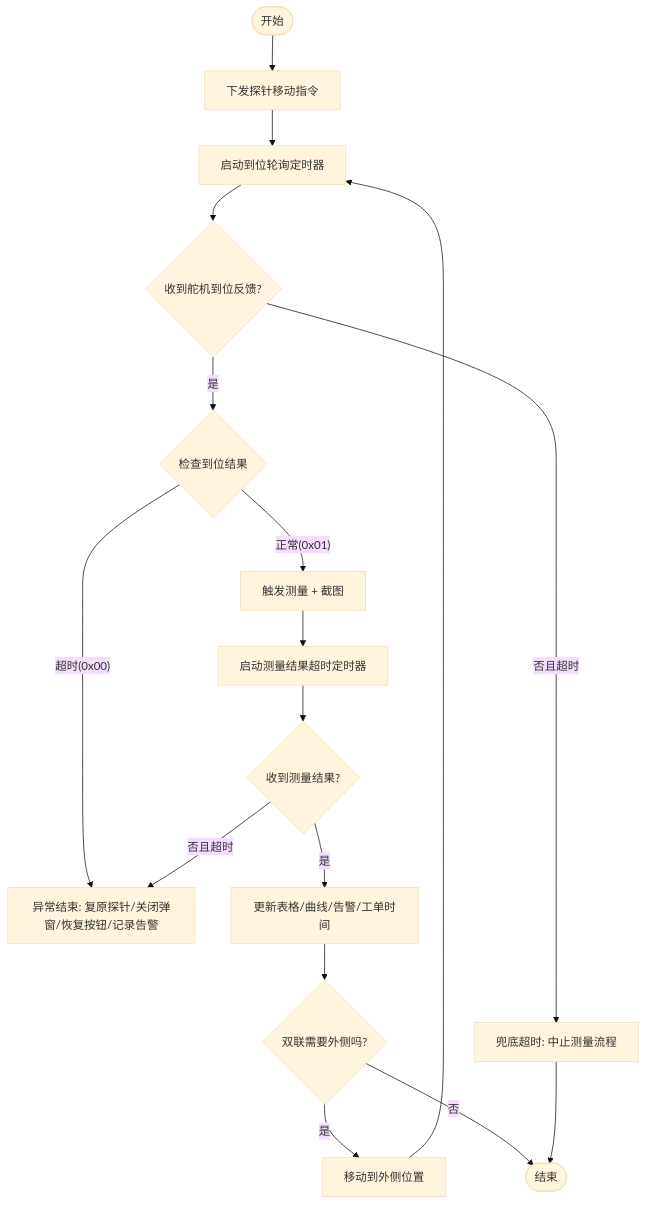
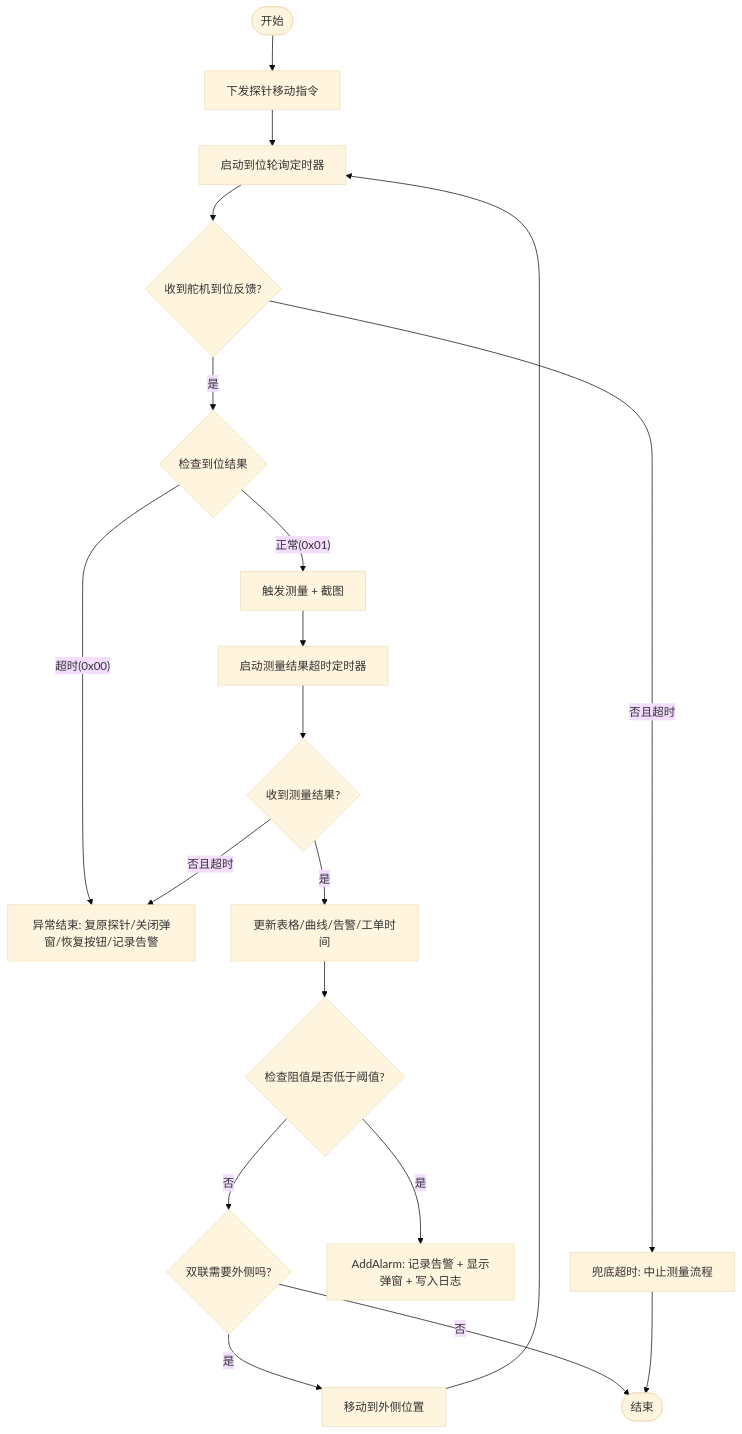
Before and after one commit to yangreest/Zero-value-Insulator-Robot-V2: the third of 9 diagrams in .qoder/repowiki/zh/content/系统架构/模块结构/UI模块.md, drawn with Mermaid (base theme). The commit also changed other lines of this file and 22 other files, not shown here.

````diff
--- a/.qoder/repowiki/zh/content/系统架构/模块结构/UI模块.md
+++ b/.qoder/repowiki/zh/content/系统架构/模块结构/UI模块.md
@@ -151,19 +190,21 @@
 ```mermaid
 flowchart TD
 Start(["开始"]) --> ProbeMove["下发探针移动指令"]
 ProbeMove --> WaitProbe["启动到位轮询定时器"]
 WaitProbe --> Arrived{"收到舵机到位反馈?"}
 Arrived -- 是 --> CheckResult{"检查到位结果"}
 CheckResult -- 正常(0x01) --> Trigger["触发测量 + 截图"]
 CheckResult -- 超时(0x00) --> Abort["异常结束: 复原探针/关闭弹窗/恢复按钮/记录告警"]
 Arrived -- 否且超时 --> TimeoutAbort["兜底超时: 中止测量流程"]
 Trigger --> ArmTimeout["启动测量结果超时定时器"]
 ArmTimeout --> Result{"收到测量结果?"}
 Result -- 是 --> Update["更新表格/曲线/告警/工单时间"]
 Result -- 否且超时 --> Abort
-Update --> Next{"双联需要外侧吗?"}
+Update --> CheckValue{"检查阻值是否低于阈值?"}
+CheckValue -- 是 --> AddAlarm["AddAlarm: 记录告警 + 显示弹窗 + 写入日志"]
+CheckValue -- 否 --> Next{"双联需要外侧吗?"}
 Next -- 是 --> MoveNext["移动到外侧位置"]
 Next -- 否 --> End(["结束"])
 MoveNext --> WaitProbe
 TimeoutAbort --> End
 ```
````
